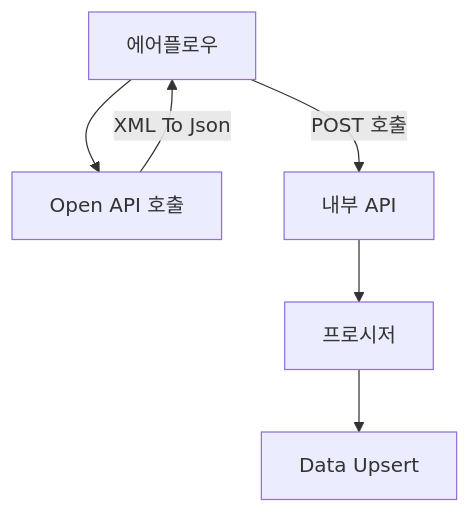
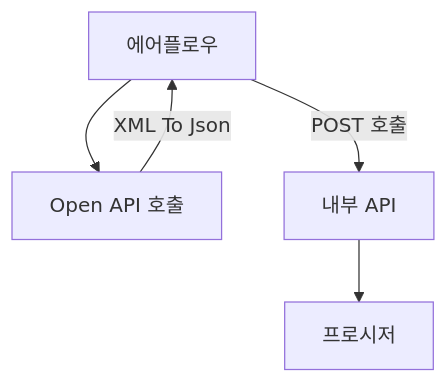
One commit to leedg92/Obsidian changed the diagram in 2차-부경대학교 AI기반 학생중심의 지능형 교육지원시스템 구축 프로젝트/워크넷(고용24) 연계.md. Above: the diagram before and after it, drawn with Mermaid. The commit also changed other lines of this file, not shown here.

````diff
--- a/2차-부경대학교 AI기반 학생중심의 지능형 교육지원시스템 구축 프로젝트/워크넷(고용24) 연계.md
+++ b/2차-부경대학교 AI기반 학생중심의 지능형 교육지원시스템 구축 프로젝트/워크넷(고용24) 연계.md
@@ -8,11 +8,10 @@
 ```mermaid  
 flowchart TD
 
     %% 추가된 다른 경로
     A --> B[Open API 호출] -->|XML To Json| A;
 
     A[에어플로우] -->|POST 호출| C[내부 API];
     C --> D[프로시저];
-    D --> E[Data Upsert];
 
 ```
````
